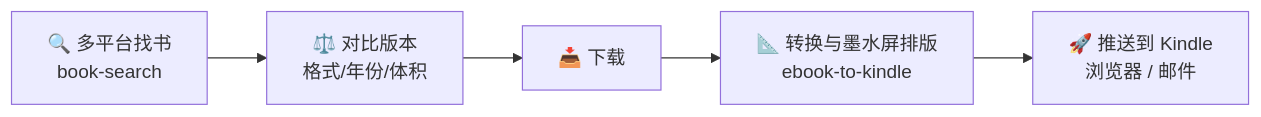
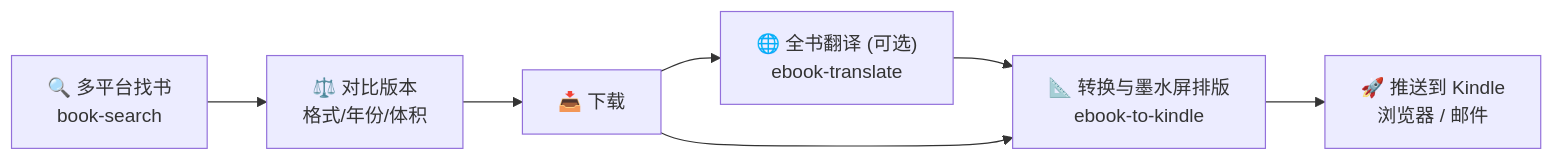
One commit to Ryumuu/kindle-book-pipeline changed the diagram in README.md. Above: the diagram before and after it, drawn with Mermaid. The commit also changed other lines of this file and 5 other files, not shown here.

First line of the commit message:
feat: add ebook-translate module for Chinese and bilingual editions

````diff
--- a/README.md
+++ b/README.md
@@ -19,7 +19,9 @@
 ```mermaid
 flowchart LR
     A["🔍 多平台找书<br/>book-search"] --> B["⚖️ 对比版本<br/>格式/年份/体积"]
     B --> C["📥 下载"]
-    C --> D["📐 转换与墨水屏排版<br/>ebook-to-kindle"]
+    C --> T["🌐 全书翻译 (可选)<br/>ebook-translate"]
+    T --> D["📐 转换与墨水屏排版<br/>ebook-to-kindle"]
+    C --> D
     D --> E["🚀 推送到 Kindle<br/>浏览器 / 邮件"]
 ```
````
